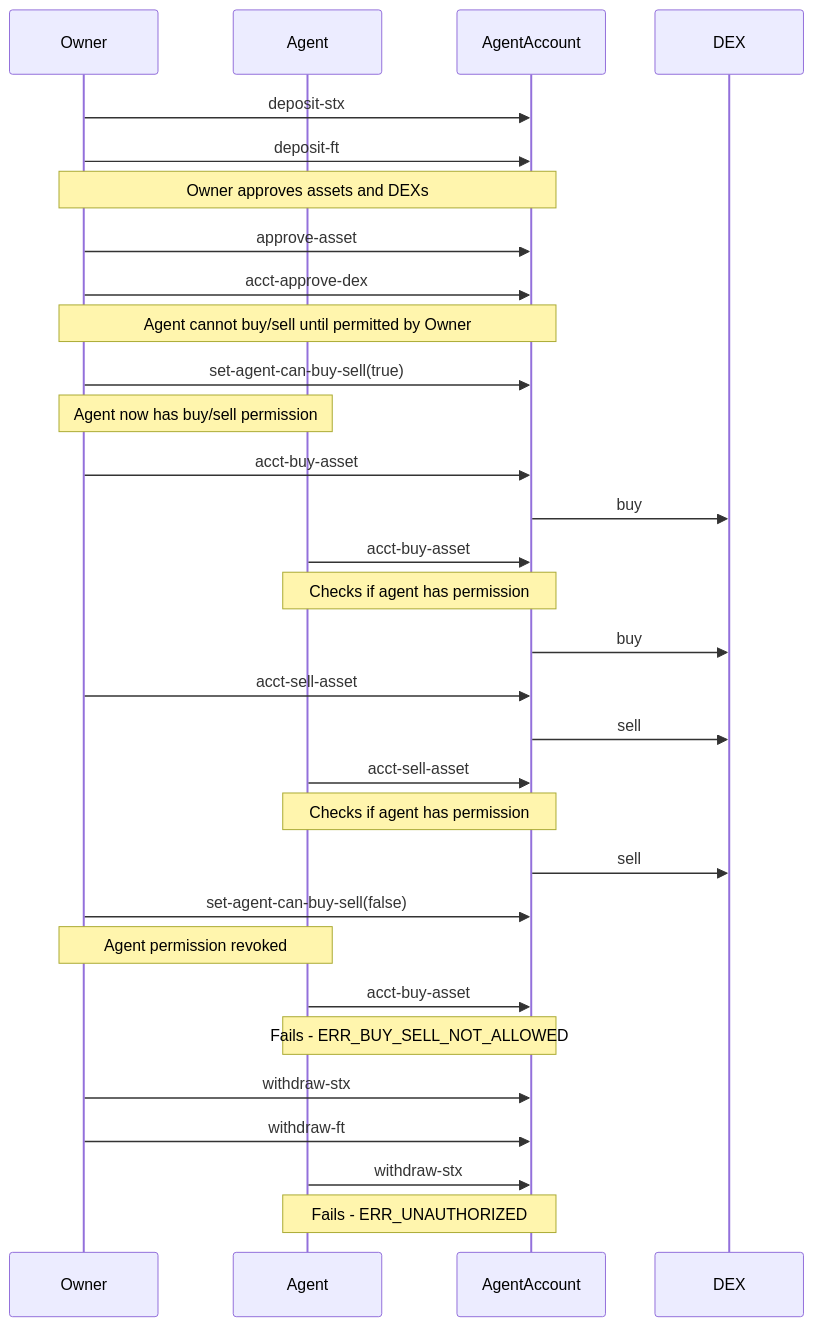
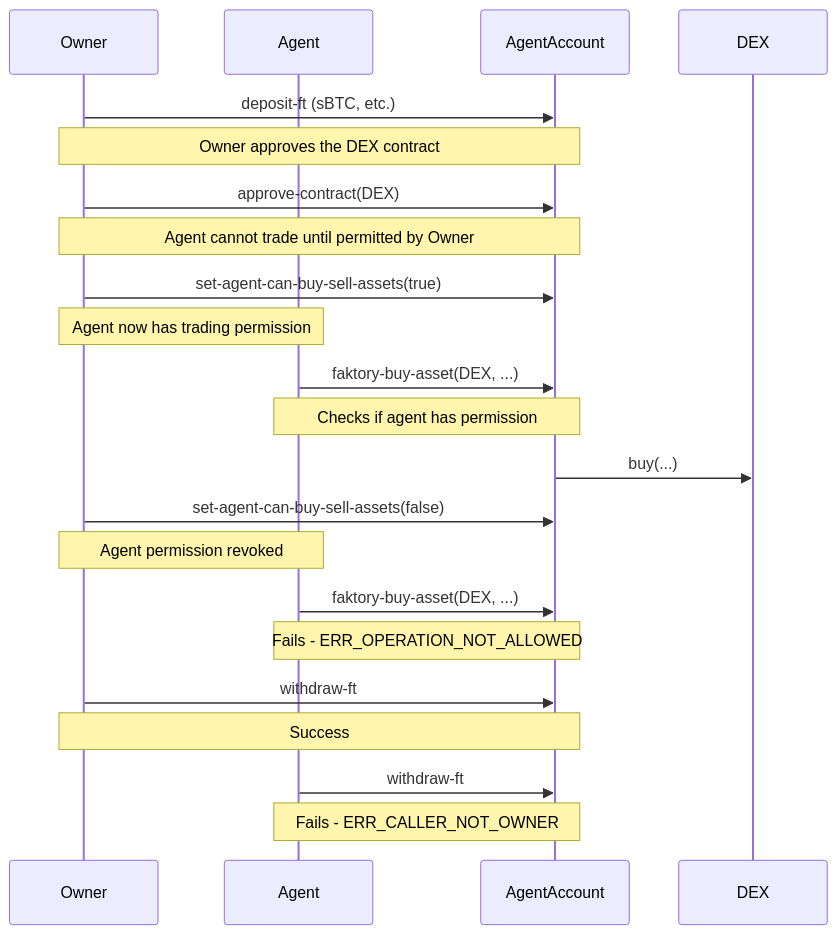
The third of 3 diagrams in aibtc-contracts/agent-account/README.md (aibtcdev/aibtcdev-docs), drawn with Mermaid before and after one commit. The commit also changed other lines of this file and 1 other file, not shown here.

Commit message:
docs: Update agent account README and example to reflect contract changes

````diff
--- a/aibtc-contracts/agent-account/README.md
+++ b/aibtc-contracts/agent-account/README.md
@@ -408,42 +368,31 @@
 ```mermaid
 sequenceDiagram
     participant Owner
     participant Agent
     participant AgentAccount
     participant DEX
 
-    Owner->>AgentAccount: deposit-stx
-    Owner->>AgentAccount: deposit-ft
-    Note over Owner, AgentAccount: Owner approves assets and DEXs
-    Owner->>AgentAccount: approve-asset
-    Owner->>AgentAccount: acct-approve-dex
+    Owner->>AgentAccount: deposit-ft (sBTC, etc.)
+    Note over Owner, AgentAccount: Owner approves the DEX contract
+    Owner->>AgentAccount: approve-contract(DEX)
 
-    Note over Owner,AgentAccount: Agent cannot buy/sell until permitted by Owner
-    Owner->>AgentAccount: set-agent-can-buy-sell(true)
-    Note over Owner,Agent: Agent now has buy/sell permission
+    Note over Owner,AgentAccount: Agent cannot trade until permitted by Owner
+    Owner->>AgentAccount: set-agent-can-buy-sell-assets(true)
+    Note over Owner,Agent: Agent now has trading permission
 
-    Owner->>AgentAccount: acct-buy-asset
-    AgentAccount->>DEX: buy
+    Agent->>AgentAccount: faktory-buy-asset(DEX, ...)
+    Note over Agent,AgentAccount: Checks if agent has permission
+    AgentAccount->>DEX: buy(...)
 
-    Agent->>AgentAccount: acct-buy-asset
-    Note over Agent,AgentAccount: Checks if agent has permission
-    AgentAccount->>DEX: buy
+    Owner->>AgentAccount: set-agent-can-buy-sell-assets(false)
+    Note over Owner,Agent: Agent permission revoked
 
-    Owner->>AgentAccount: acct-sell-asset
-    AgentAccount->>DEX: sell
+    Agent->>AgentAccount: faktory-buy-asset(DEX, ...)
+    Note over Agent,AgentAccount: Fails - ERR_OPERATION_NOT_ALLOWED
 
-    Agent->>AgentAccount: acct-sell-asset
-    Note over Agent,AgentAccount: Checks if agent has permission
-    AgentAccount->>DEX: sell
+    Owner->>AgentAccount: withdraw-ft
+    Note over Owner,AgentAccount: Success
 
-    Owner->>AgentAccount: set-agent-can-buy-sell(false)
-    Note over Owner,Agent: Agent permission revoked
-    Agent->>AgentAccount: acct-buy-asset
-    Note over Agent,AgentAccount: Fails - ERR_BUY_SELL_NOT_ALLOWED
-
-    Owner->>AgentAccount: withdraw-stx
-    Owner->>AgentAccount: withdraw-ft
-
-    Agent->>AgentAccount: withdraw-stx
-    Note over Agent,AgentAccount: Fails - ERR_UNAUTHORIZED
+    Agent->>AgentAccount: withdraw-ft
+    Note over Agent,AgentAccount: Fails - ERR_CALLER_NOT_OWNER
 ```
````
